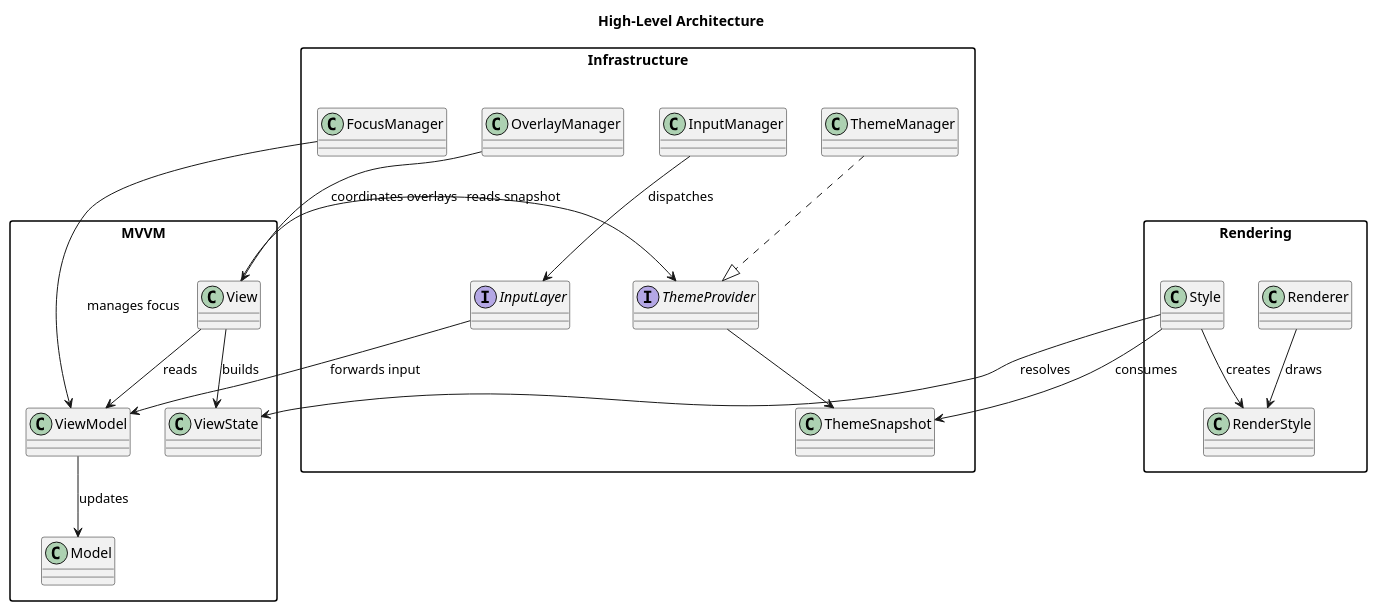
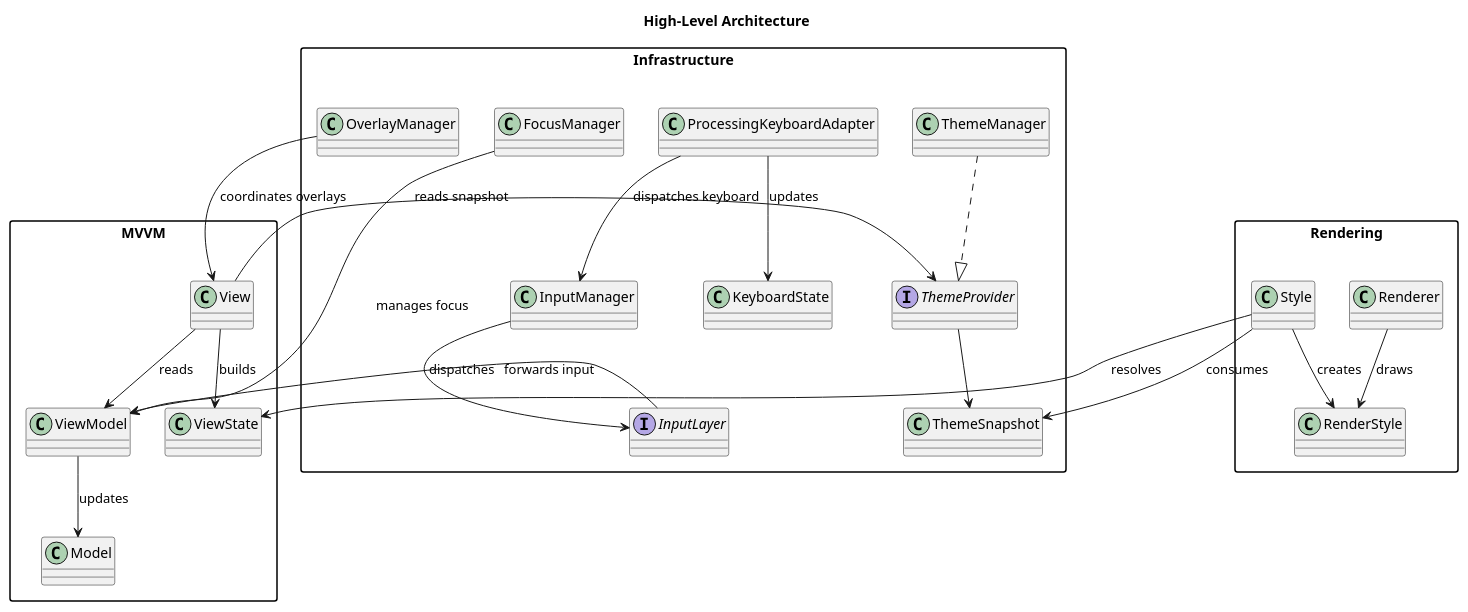
One commit to cdpoloz/cpz-mvvm-processing-controls changed the diagram in docs/uml/architecture.puml. Above: the diagram before and after it, drawn with PlantUML. The commit also changed 3 other files, not shown here.

```diff
--- a/docs/uml/architecture.puml
+++ b/docs/uml/architecture.puml
@@ -1,45 +1,49 @@
 @startuml
 title High-Level Architecture
 skinparam packageStyle rectangle
 skinparam shadowing false
 
 package "MVVM" {
   class Model
   class ViewModel
   class View
   class ViewState
 }
 
 package "Rendering" {
   class Style
   class RenderStyle
   class Renderer
 }
 
 package "Infrastructure" {
+  class ProcessingKeyboardAdapter
+  class KeyboardState
   interface ThemeProvider
   class ThemeManager
   class ThemeSnapshot
   class InputManager
   interface InputLayer
   class FocusManager
   class OverlayManager
 }
 
 ThemeManager ..|> ThemeProvider
 ThemeProvider --> ThemeSnapshot
 
 ViewModel --> Model : updates
 View --> ViewModel : reads
 View --> ViewState : builds
 View --> ThemeProvider : reads snapshot
 Style --> ViewState : resolves
 Style --> ThemeSnapshot : consumes
 Style --> RenderStyle : creates
 Renderer --> RenderStyle : draws
 
+ProcessingKeyboardAdapter --> KeyboardState : updates
+ProcessingKeyboardAdapter --> InputManager : dispatches keyboard
 InputManager --> InputLayer : dispatches
 InputLayer --> ViewModel : forwards input
 FocusManager --> ViewModel : manages focus
 OverlayManager --> View : coordinates overlays
 @enduml
```
